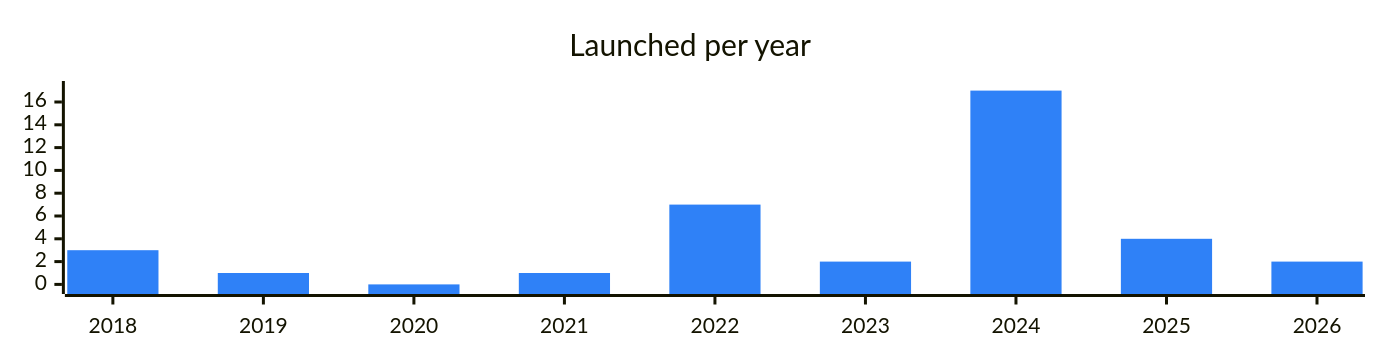
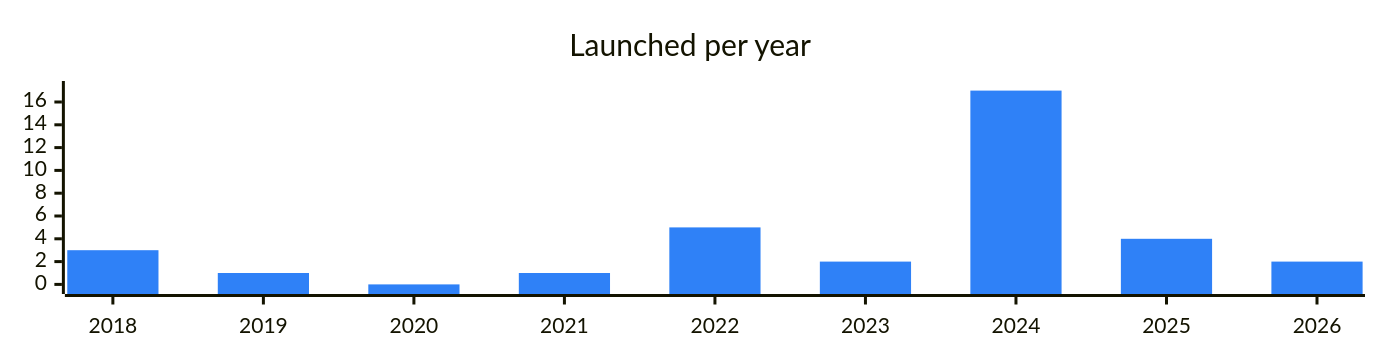
The diagram in categories/audit.md (vitalikgpt/gram-ecosystem), drawn with Mermaid before and after one commit. The commit also changed other lines of this file and 71 other files, not shown here.

````diff
--- a/categories/audit.md
+++ b/categories/audit.md
@@ -7,7 +7,7 @@
 ```mermaid
 %%{init: {"xyChart": {"width": 900, "height": 220}, "themeVariables": {"xyChart": {"plotColorPalette": "#2f81f7"}}}}%%
 xychart-beta
   title "Launched per year"
   x-axis ["2018", "2019", "2020", "2021", "2022", "2023", "2024", "2025", "2026"]
-  bar [3, 1, 0, 1, 7, 2, 17, 4, 2]
+  bar [3, 1, 0, 1, 5, 2, 17, 4, 2]
 ```
````
